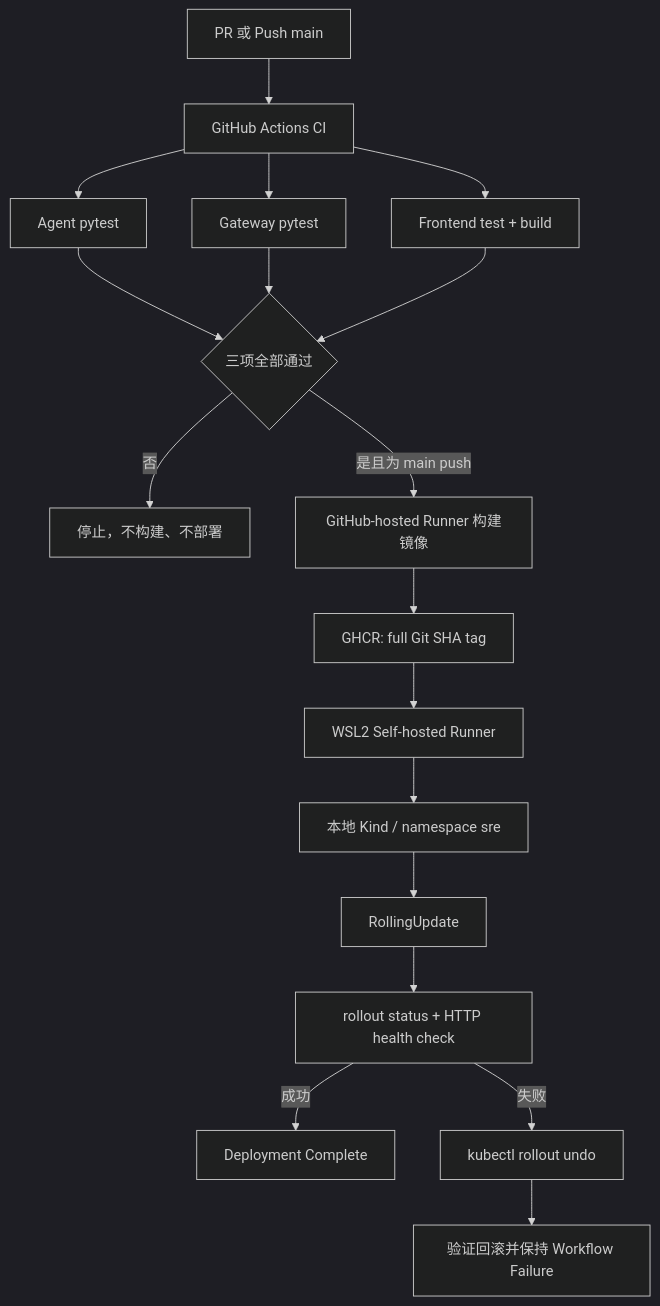
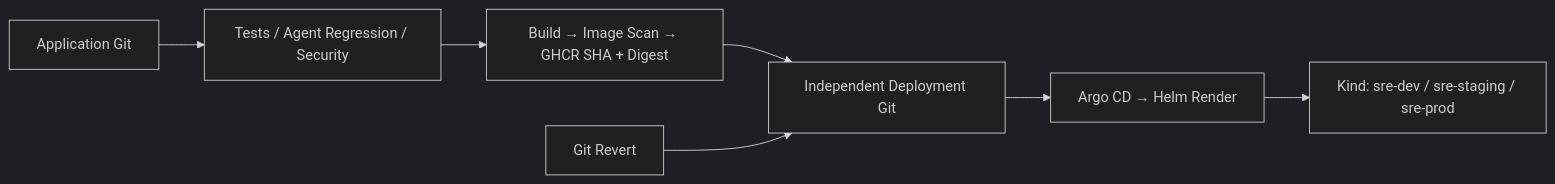
The seventh of 7 diagrams in README.md (taxidriver4ever/SRE-Agent-platform), drawn with Mermaid (dark theme) before and after one commit. The commit also changed other lines of this file and 50 other files, not shown here.

First line of the commit message:
feat(delivery): transition from imperative push deployment to declarative GitOps with Argo CD and Helm

````diff
--- a/README.md
+++ b/README.md
@@ -1816,20 +1815,9 @@
 ```mermaid
-flowchart TD
-    A[PR 或 Push main] --> B[GitHub Actions CI]
-    B --> C[Agent pytest]
-    B --> D[Gateway pytest]
-    B --> E[Frontend test + build]
-    C --> F{三项全部通过}
-    D --> F
-    E --> F
-    F -->|否| X[停止，不构建、不部署]
-    F -->|是且为 main push| G[GitHub-hosted Runner 构建镜像]
-    G --> H[GHCR: full Git SHA tag]
-    H --> I[WSL2 Self-hosted Runner]
-    I --> J[本地 Kind / namespace sre]
-    J --> K[RollingUpdate]
-    K --> L[rollout status + HTTP health check]
-    L -->|成功| M[Deployment Complete]
-    L -->|失败| N[kubectl rollout undo]
-    N --> O[验证回滚并保持 Workflow Failure]
+flowchart LR
+  G[Application Git] --> CI[Tests / Agent Regression / Security]
+  CI --> B[Build → Image Scan → GHCR SHA + Digest]
+  B --> D[Independent Deployment Git]
+  D --> A[Argo CD → Helm Render]
+  A --> K[Kind: sre-dev / sre-staging / sre-prod]
+  R[Git Revert] --> D
 ```
````
